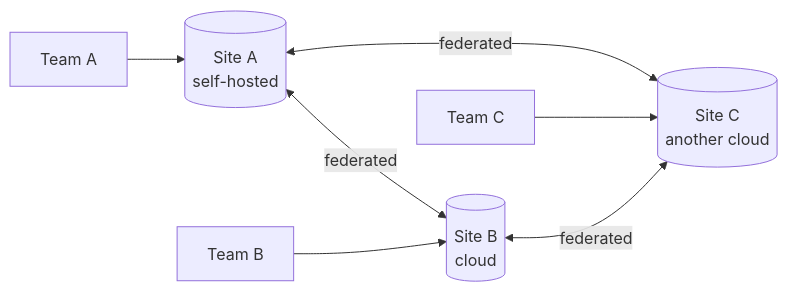
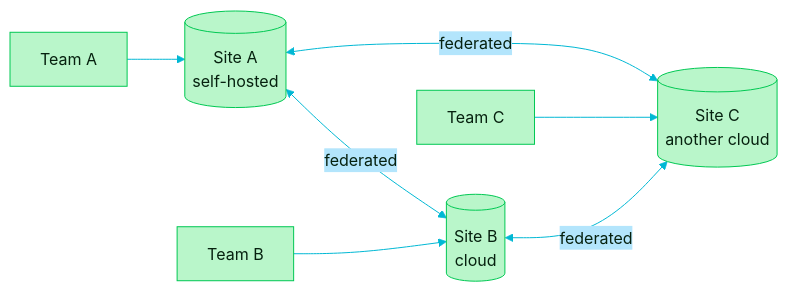
Before and after one commit to bhagatabhijeet/jfrog-knowledge-bundle: the diagram in jfrog-introduction/deployment-and-federation.md, drawn with Mermaid. The commit also changed 13 other files, not shown here.

Commit message:
Colour the concept diagrams, one palette per topic

````diff
--- a/jfrog-introduction/deployment-and-federation.md
+++ b/jfrog-introduction/deployment-and-federation.md
@@ -18,9 +18,10 @@
 ```mermaid
+%%{init: {'theme':'base','themeVariables':{'primaryColor':'#B9F6CA','primaryBorderColor':'#00C853','primaryTextColor':'#06210F','lineColor':'#00B8D4','secondaryColor':'#B3E5FC','tertiaryColor':'#E8F5E9','noteBkgColor':'#FFE57F','noteTextColor':'#2B1B00','noteBorderColor':'#FFAB00'}}}%%
 flowchart LR
     S1[("Site A<br/>self-hosted")] <-->|"federated"| S2[("Site B<br/>cloud")]
     S2 <-->|"federated"| S3[("Site C<br/>another cloud")]
     S1 <-->|"federated"| S3
     T1["Team A"] --> S1
     T2["Team B"] --> S2
     T3["Team C"] --> S3
 ```
````
